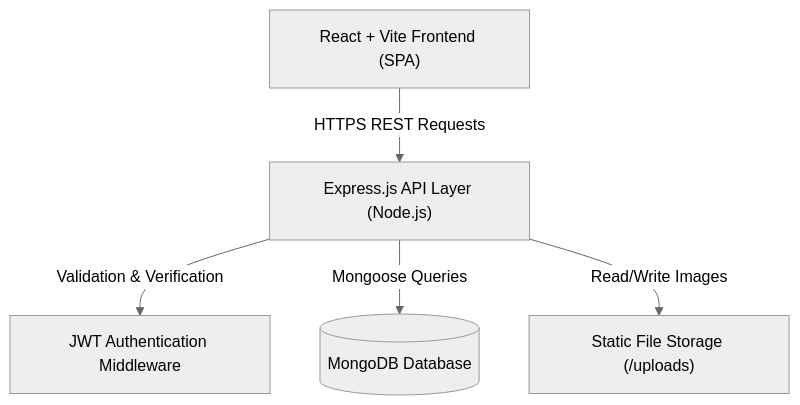
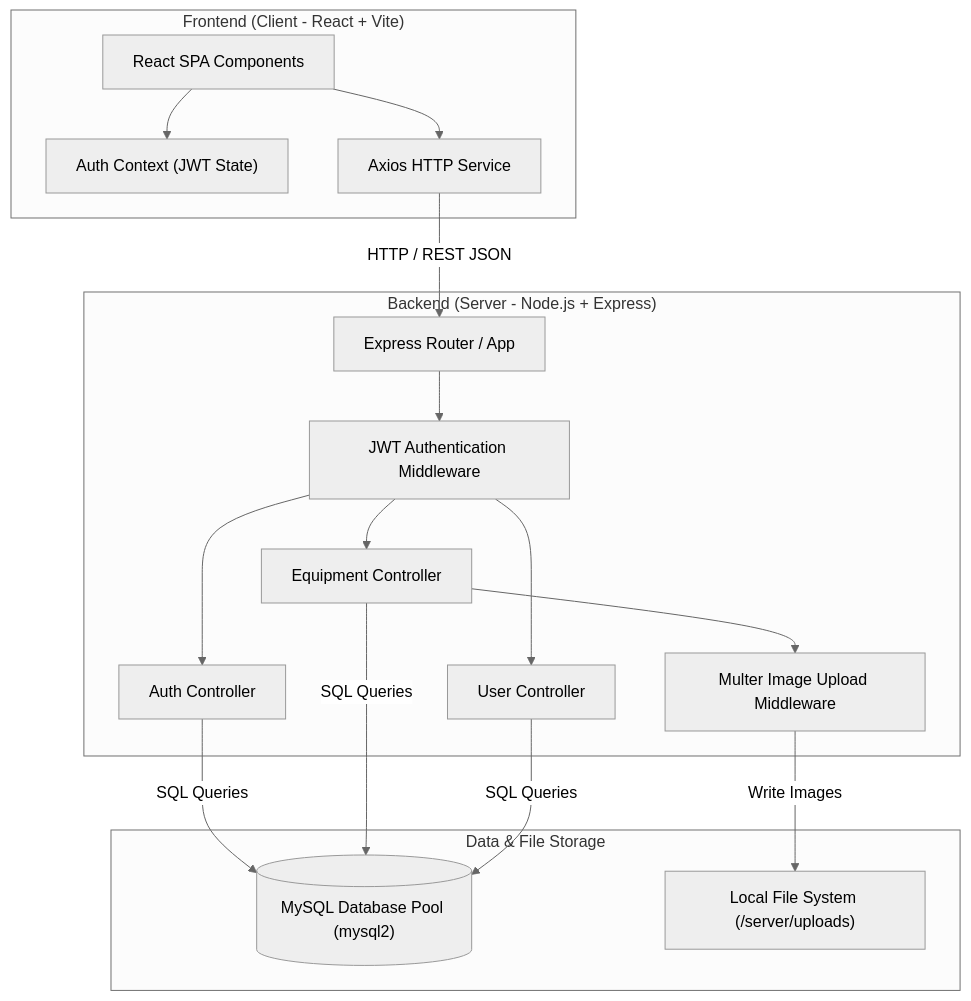
The diagram in docs/diagrams/architecture.md (smsanjay991-cell/Agricultural-Equipment-Rental-Marketplace), drawn with Mermaid (neutral theme) before and after one commit. The commit also changed other lines of this file and 10 other files, not shown here.

````diff
--- a/docs/diagrams/architecture.md
+++ b/docs/diagrams/architecture.md
@@ -7,13 +7,35 @@
 ```mermaid
 graph TD
-    Client["React + Vite Frontend (SPA)"]
-    API["Express.js API Layer (Node.js)"]
-    Auth["JWT Authentication Middleware"]
-    DB[(MongoDB Database)]
-    Uploads["Static File Storage (/uploads)"]
+    subgraph Client Tier ["Frontend (Client - React + Vite)"]
+        UI["React SPA Components"]
+        AuthCtx["Auth Context (JWT State)"]
+        AxiosClient["Axios HTTP Service"]
+    end
 
-    Client -->|HTTPS REST Requests| API
-    API -->|Validation & Verification| Auth
-    API -->|Mongoose Queries| DB
-    API -->|Read/Write Images| Uploads
+    subgraph API Tier ["Backend (Server - Node.js + Express)"]
+        App["Express Router / App"]
+        JWTMiddleware["JWT Authentication Middleware"]
+        UploadMiddleware["Multer Image Upload Middleware"]
+        AuthCtrl["Auth Controller"]
+        EqCtrl["Equipment Controller"]
+        UserCtrl["User Controller"]
+    end
+
+    subgraph Data & Storage Tier ["Data & File Storage"]
+        MySQL[("MySQL Database Pool (mysql2)")]
+        UploadsDir["Local File System (/server/uploads)"]
+    end
+
+    UI --> AuthCtx
+    UI --> AxiosClient
+    AxiosClient -->|HTTP / REST JSON| App
+    App --> JWTMiddleware
+    JWTMiddleware --> AuthCtrl
+    JWTMiddleware --> EqCtrl
+    JWTMiddleware --> UserCtrl
+    EqCtrl --> UploadMiddleware
+    UploadMiddleware -->|Write Images| UploadsDir
+    AuthCtrl -->|SQL Queries| MySQL
+    EqCtrl -->|SQL Queries| MySQL
+    UserCtrl -->|SQL Queries| MySQL
 ```
````
